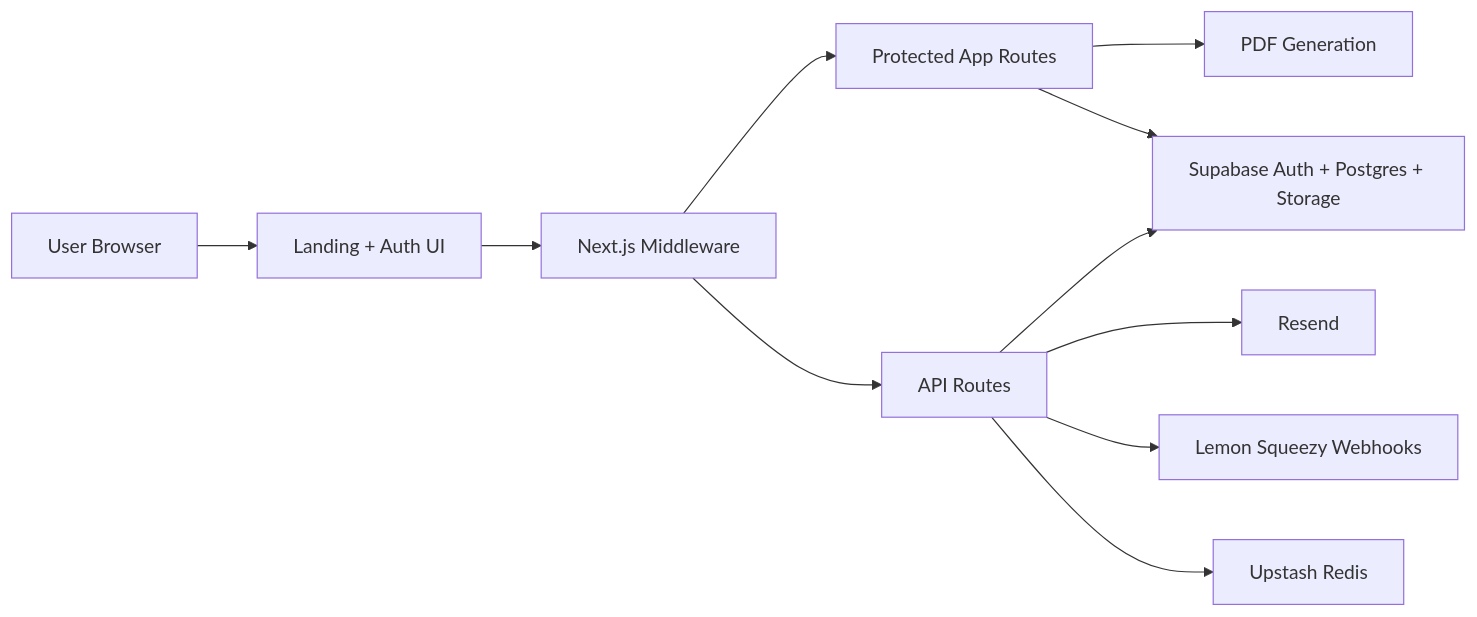
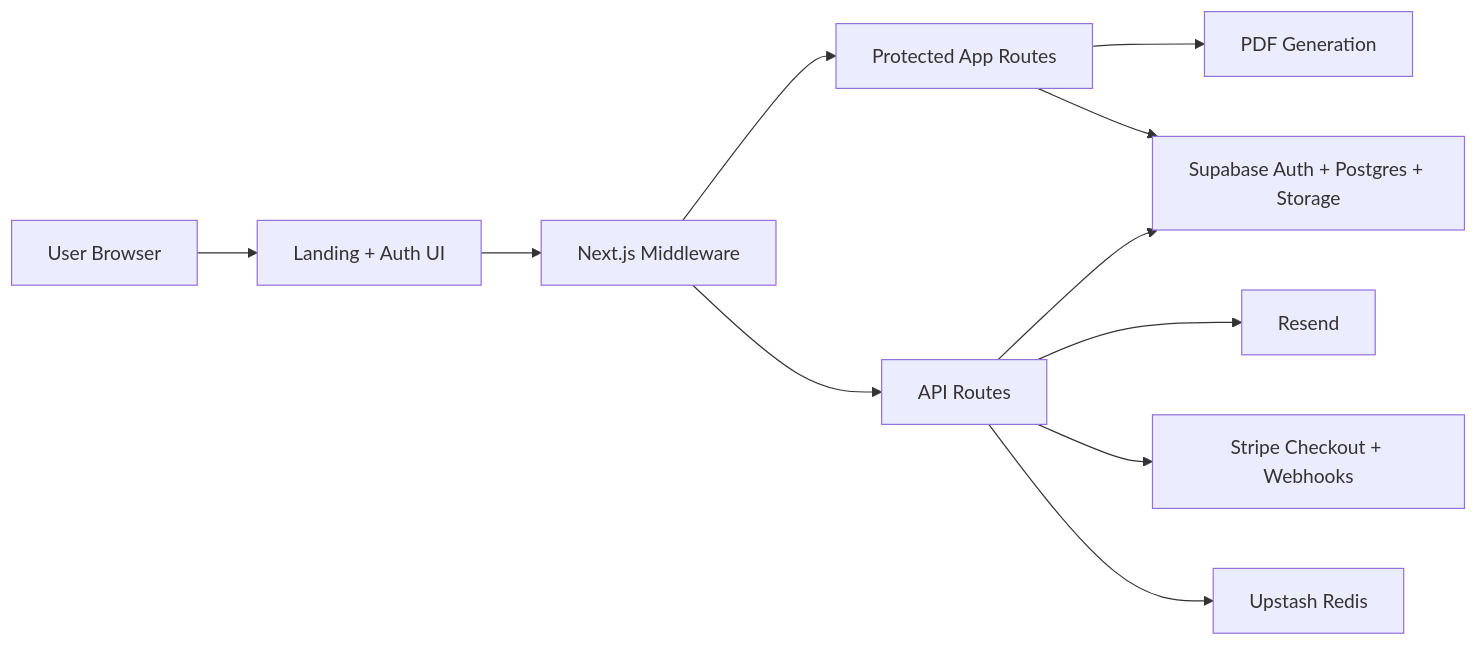
The first of 2 diagrams in docs/ARCHITECTURE.md (qati05/offertio), drawn with Mermaid before and after one commit. The commit also changed other lines of this file and 48 other files, not shown here.

First line of the commit message:
Replace Lemon Squeezy with a one-time Stripe Gründerplatz.

````diff
--- a/docs/ARCHITECTURE.md
+++ b/docs/ARCHITECTURE.md
@@ -7,13 +7,13 @@
 ```mermaid
 flowchart LR
   User["User Browser"] --> Landing["Landing + Auth UI"]
   Landing --> Middleware["Next.js Middleware"]
   Middleware --> App["Protected App Routes"]
   Middleware --> Api["API Routes"]
   App --> Pdf["PDF Generation"]
   App --> Supabase["Supabase Auth + Postgres + Storage"]
   Api --> Supabase
   Api --> Resend["Resend"]
-  Api --> Lemon["Lemon Squeezy Webhooks"]
+  Api --> Stripe["Stripe Checkout + Webhooks"]
   Api --> Upstash["Upstash Redis"]
 ```
````
